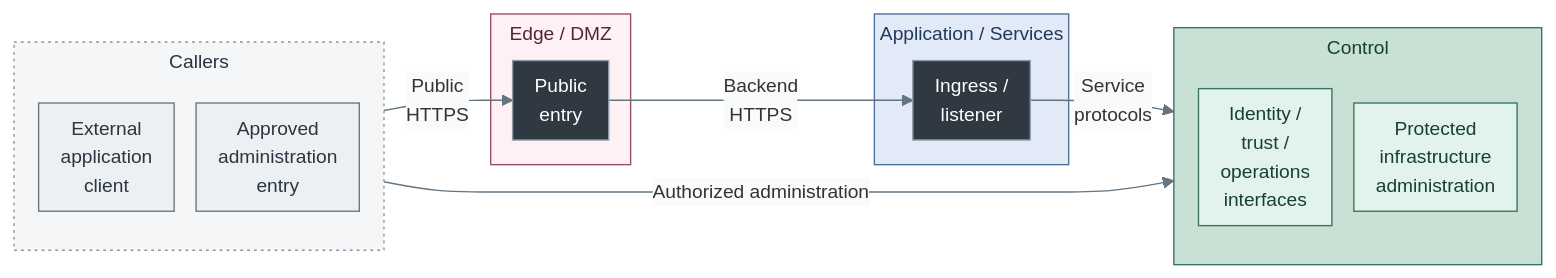
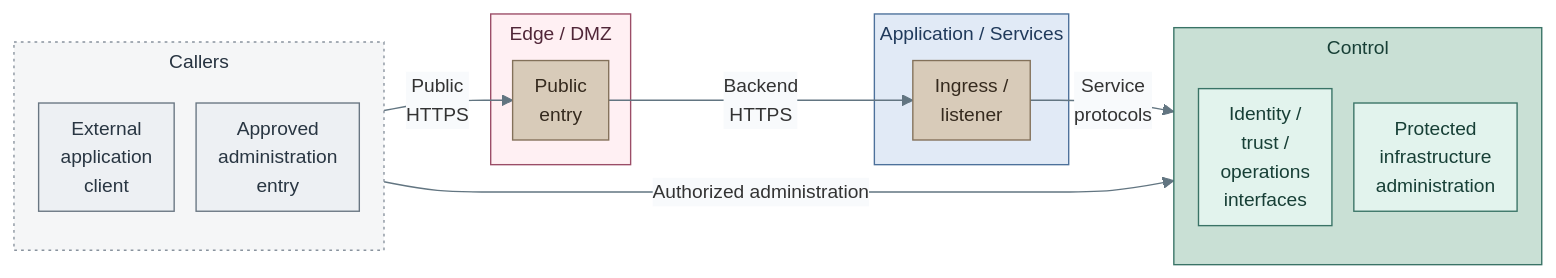
Before and after one commit to Rexus/homelab: the first of 2 diagrams in docs/01-architecture/05-networking/README.md, drawn with Mermaid. The commit also changed 91 other files, not shown here.

First line of the commit message:
docs(operations): document VMID cutover and align diagram colors

````diff
--- a/docs/01-architecture/05-networking/README.md
+++ b/docs/01-architecture/05-networking/README.md
@@ -22,42 +22,42 @@
 ```mermaid
 %%{init: {"theme":"base","flowchart":{"nodeSpacing":16,"rankSpacing":32,"padding":8,"subGraphTitleMargin":{"top":4,"bottom":12}},"themeVariables":{"lineColor":"#627581","edgeLabelBackground":"#f8fafc","fontFamily":"Arial, sans-serif","fontSize":"14px"},"fontFamily":"Arial, sans-serif"}}%%
 flowchart LR
   subgraph Access["Callers"]
     direction TB
     Internet["External<br/>application<br/>client"]
     AdminEntry["Approved<br/>administration<br/>entry"]
   end
   subgraph Edge["Edge / DMZ"]
     Gateways["Public<br/>entry"]
   end
   subgraph Application["Application / Services"]
     Services["Ingress /<br/>listener"]
   end
   subgraph Control["Control"]
     direction TB
     Endpoints["Identity /<br/>trust /<br/>operations<br/>interfaces"]
     Administration["Protected<br/>infrastructure<br/>administration"]
   end
   Internet -->|Public<br/>HTTPS| Gateways
   Gateways -->|Backend<br/>HTTPS| Services
   Services -->|Service<br/>protocols| Endpoints
   AdminEntry ---->|Authorized administration| Administration
   classDef default fill:#f8fafc,stroke:#64748b,color:#1f2937
   classDef boundary fill:#eef2f6,stroke:#64748b,color:#1f2937
   classDef edge fill:#fce8ec,stroke:#9b4d67,color:#502638
   classDef services fill:#e7f0fc,stroke:#4d719b,color:#203a5b
   classDef control fill:#e2f3ed,stroke:#397366,color:#173f36
   classDef actor fill:#edf0f3,stroke:#697682,color:#293642
   class Internet,AdminEntry actor
   class Endpoints,Administration control
-  classDef traffic fill:#303841,stroke:#8a9baa,color:#ffffff
+  classDef traffic fill:#d8cbb9,stroke:#83715a,color:#352a1e
   class Gateways,Services traffic
   classDef zoneEdge fill:#fff0f3,stroke:#9b4d67,color:#502638
   class Edge zoneEdge
   classDef zoneServices fill:#e1eaf6,stroke:#4d719b,color:#203a5b
   class Application zoneServices
   classDef zoneControl fill:#c9e0d5,stroke:#397366,color:#173f36
   class Control zoneControl
   classDef group fill:#f5f6f7,stroke:#89939e,color:#273340,stroke-dasharray:2 3
   class Access group
 ```
````
